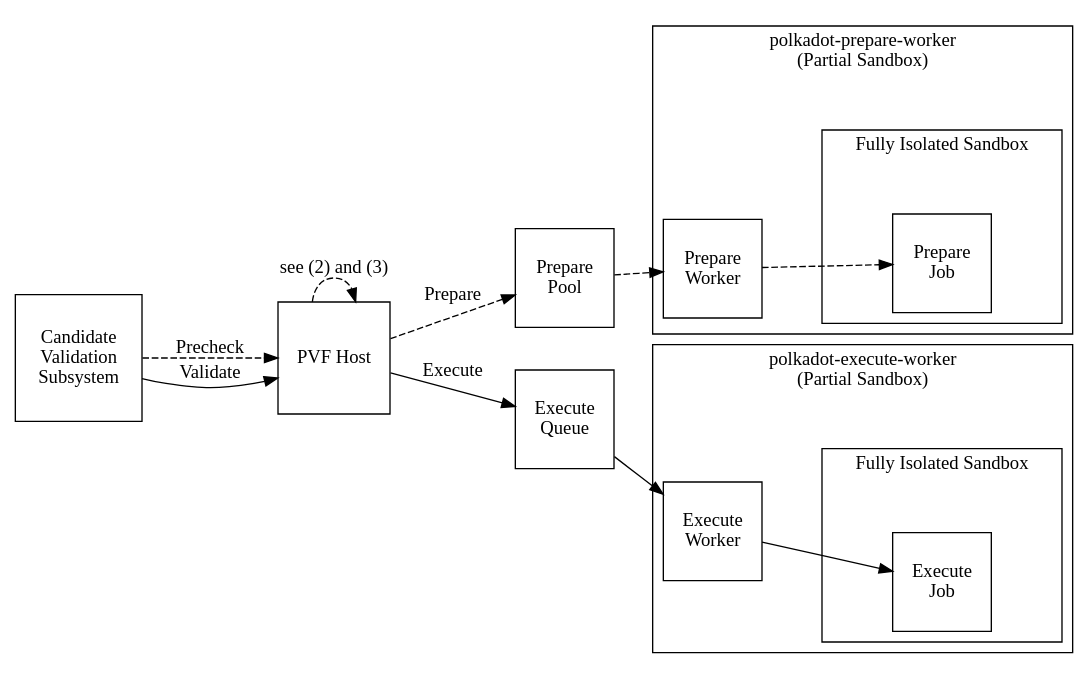
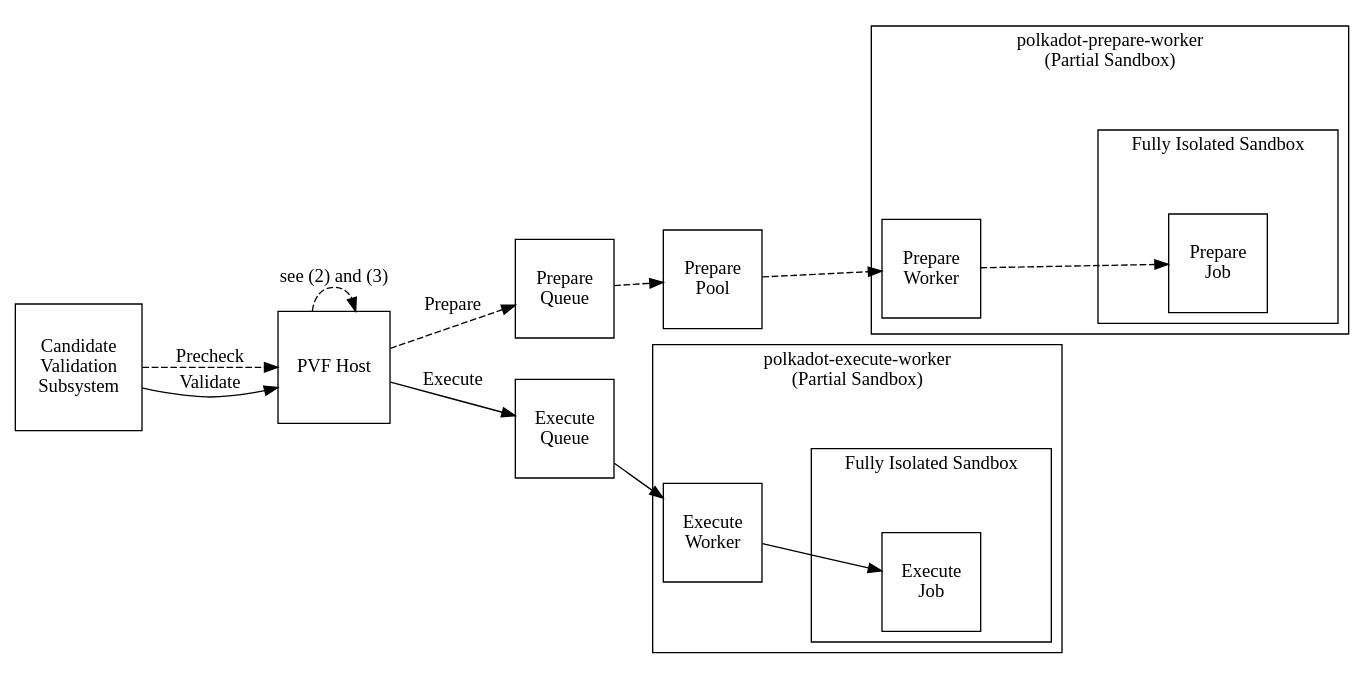
The diagram in polkadot/roadmap/implementers-guide/src/node/utility/pvf-host-and-workers.md (paritytech/polkadot-sdk), drawn with Graphviz before and after one commit. The commit also changed other lines of this file, not shown here.

Commit message:
Add prepare queue

````diff
--- a/polkadot/roadmap/implementers-guide/src/node/utility/pvf-host-and-workers.md
+++ b/polkadot/roadmap/implementers-guide/src/node/utility/pvf-host-and-workers.md
@@ -13,53 +13,55 @@
 ```dot process
 digraph {
  rankdir="LR";
 
  can [label = "Candidate\nValidation\nSubsystem"; shape = square]
 
  pvf [label = "PVF Host"; shape = square]
 
+ pq [label = "Prepare\nQueue"; shape = square]
+ eq [label = "Execute\nQueue"; shape = square]
  pp [label = "Prepare\nPool"; shape = square]
- eq [label = "Execute\nQueue"; shape = square]
 
- subgraph "cluster partial_sandbox_1" {
+ subgraph "cluster partial_sandbox_prep" {
   label = "polkadot-prepare-worker\n(Partial Sandbox)\n\n\n";
   labelloc = "t";
 
   pw [label = "Prepare\nWorker"; shape = square]
 
-  subgraph "cluster full_sandbox_1" {
+  subgraph "cluster full_sandbox_prep" {
    label = "Fully Isolated Sandbox\n\n\n";
    labelloc = "t";
 
    pj [label = "Prepare\nJob"; shape = square]
   }
  }
 
- subgraph "cluster partial_sandbox_2" {
+ subgraph "cluster partial_sandbox_exec" {
   label = "polkadot-execute-worker\n(Partial Sandbox)\n\n\n";
   labelloc = "t";
 
   ew [label = "Execute\nWorker"; shape = square]
 
-  subgraph "cluster full_sandbox_2" {
+  subgraph "cluster full_sandbox_exec" {
    label = "Fully Isolated Sandbox\n\n\n";
    labelloc = "t";
 
    ej [label = "Execute\nJob"; shape = square]
   }
  }
 
  can -> pvf [label = "Precheck"; style = dashed]
  can -> pvf [label = "Validate"]
 
- pvf -> pp [label = "Prepare"; style = dashed]
+ pvf -> pq [label = "Prepare"; style = dashed]
  pvf -> eq [label = "Execute";]
  pvf -> pvf [label = "see (2) and (3)"; style = dashed]
+ pq -> pp [style = dashed]
 
  pp -> pw [style = dashed]
  eq -> ew
 
  pw -> pj [style = dashed]
  ew -> ej
 }
 ```
````
